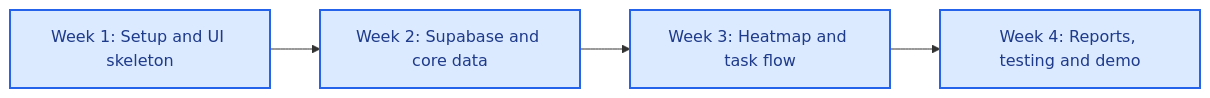
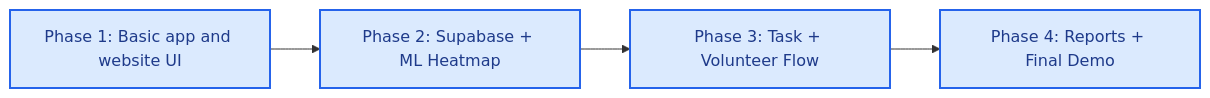
One commit to anshxgaur/APX-GP changed the third of 5 diagrams in frontend/README.md. Above: the diagram before and after it, drawn with Mermaid. The commit also changed other lines of this file, not shown here.

````diff
--- a/frontend/README.md
+++ b/frontend/README.md
@@ -216,12 +226,12 @@
 ```mermaid
 flowchart LR
-    W1["Week 1: Setup and UI skeleton"]
-    W2["Week 2: Supabase and core data"]
-    W3["Week 3: Heatmap and task flow"]
-    W4["Week 4: Reports, testing and demo"]
+    P1["Phase 1: Basic app and website UI"]
+    P2["Phase 2: Supabase + ML Heatmap"]
+    P3["Phase 3: Task + Volunteer Flow"]
+    P4["Phase 4: Reports + Final Demo"]
 
-    W1 --> W2 --> W3 --> W4
+    P1 --> P2 --> P3 --> P4
 
-    classDef week fill:#DBEAFE,stroke:#2563EB,color:#1E3A8A,stroke-width:2px;
-    class W1,W2,W3,W4 week;
+    classDef phase fill:#DBEAFE,stroke:#2563EB,color:#1E3A8A,stroke-width:2px;
+    class P1,P2,P3,P4 phase;
 ```
````
